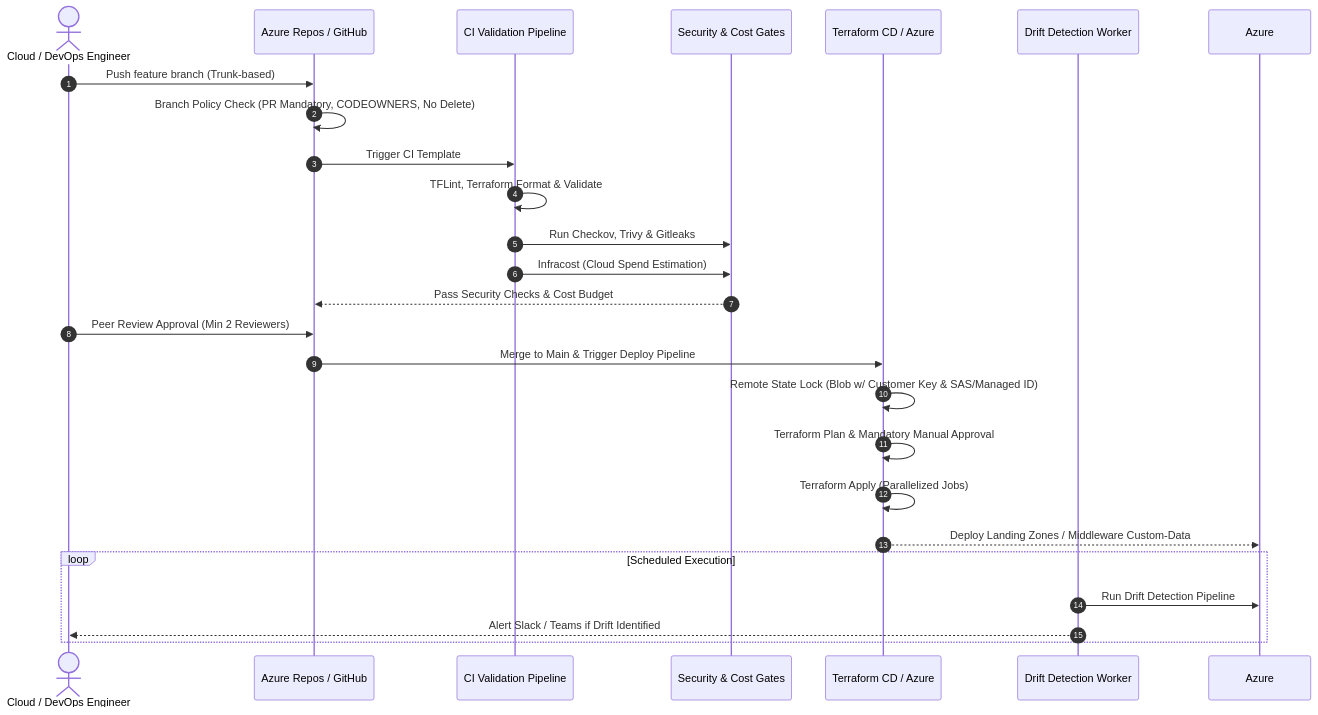
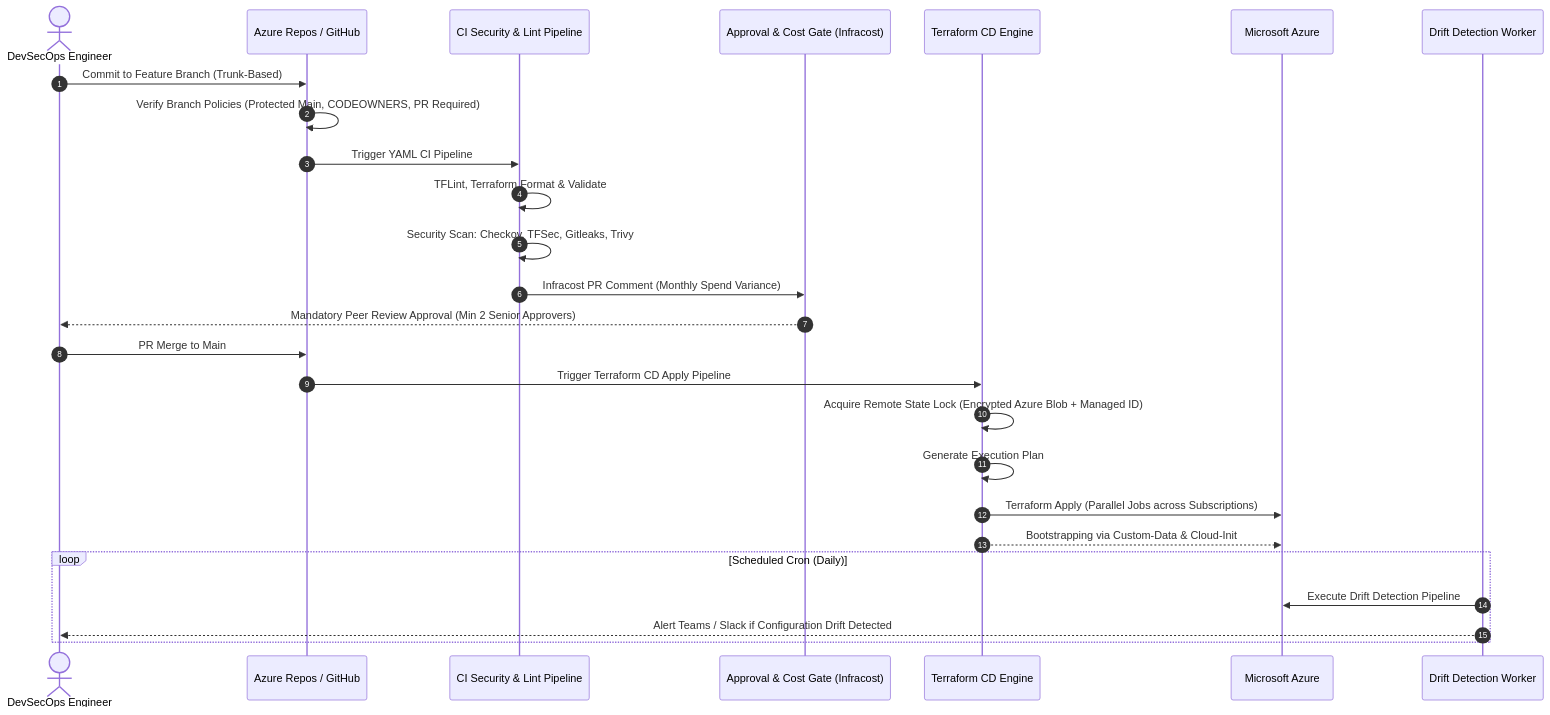
Before and after one commit to aahmad39/aahmad39: the third of 4 diagrams in README.md, drawn with Mermaid. The commit also changed other lines of this file, not shown here.

Commit message:
style: overhaul profile README with executive bento-card design, deep topic technical checklists and expandable architecture deep-dives

````diff
--- a/README.md
+++ b/README.md
@@ -173,28 +300,29 @@
 ```mermaid
 sequenceDiagram
     autonumber
-    actor Dev as Cloud / DevOps Engineer
+    actor Dev as DevSecOps Engineer
     participant Git as Azure Repos / GitHub
-    participant CI as CI Validation Pipeline
-    participant Sec as Security & Cost Gates
-    participant CD as Terraform CD / Azure
-    participant Mon as Drift Detection Worker
+    participant CI as CI Security & Lint Pipeline
+    participant Gate as Approval & Cost Gate (Infracost)
+    participant CD as Terraform CD Engine
+    participant Azure as Microsoft Azure
+    participant Drift as Drift Detection Worker
 
-    Dev->>Git: Push feature branch (Trunk-based)
-    Git->>Git: Branch Policy Check (PR Mandatory, CODEOWNERS, No Delete)
-    Git->>CI: Trigger CI Template
+    Dev->>Git: Commit to Feature Branch (Trunk-Based)
+    Git->>Git: Verify Branch Policies (Protected Main, CODEOWNERS, PR Required)
+    Git->>CI: Trigger YAML CI Pipeline
     CI->>CI: TFLint, Terraform Format & Validate
-    CI->>Sec: Run Checkov, Trivy & Gitleaks
-    CI->>Sec: Infracost (Cloud Spend Estimation)
-    Sec-->>Git: Pass Security Checks & Cost Budget
-    Dev->>Git: Peer Review Approval (Min 2 Reviewers)
-    Git->>CD: Merge to Main & Trigger Deploy Pipeline
-    CD->>CD: Remote State Lock (Blob w/ Customer Key & SAS/Managed ID)
-    CD->>CD: Terraform Plan & Mandatory Manual Approval
-    CD->>CD: Terraform Apply (Parallelized Jobs)
-    CD-->>Azure: Deploy Landing Zones / Middleware Custom-Data
-    loop Scheduled Execution
-        Mon->>Azure: Run Drift Detection Pipeline
-        Mon-->>Dev: Alert Slack / Teams if Drift Identified
+    CI->>CI: Security Scan: Checkov, TFSec, Gitleaks, Trivy
+    CI->>Gate: Infracost PR Comment (Monthly Spend Variance)
+    Gate-->>Dev: Mandatory Peer Review Approval (Min 2 Senior Approvers)
+    Dev->>Git: PR Merge to Main
+    Git->>CD: Trigger Terraform CD Apply Pipeline
+    CD->>CD: Acquire Remote State Lock (Encrypted Azure Blob + Managed ID)
+    CD->>CD: Generate Execution Plan
+    CD->>Azure: Terraform Apply (Parallel Jobs across Subscriptions)
+    CD-->>Azure: Bootstrapping via Custom-Data & Cloud-Init
+    loop Scheduled Cron (Daily)
+        Drift->>Azure: Execute Drift Detection Pipeline
+        Drift-->>Dev: Alert Teams / Slack if Configuration Drift Detected
     end
 ```
````
